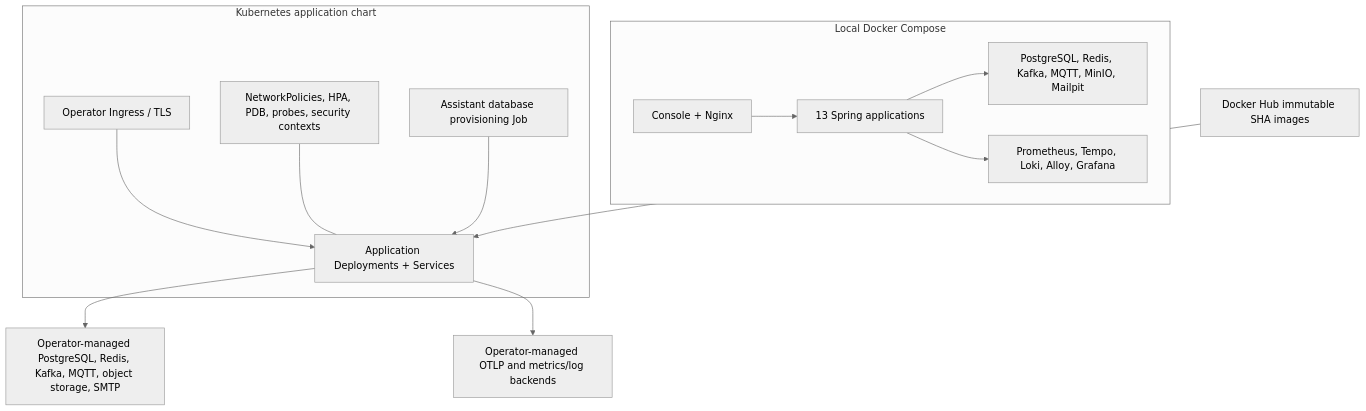
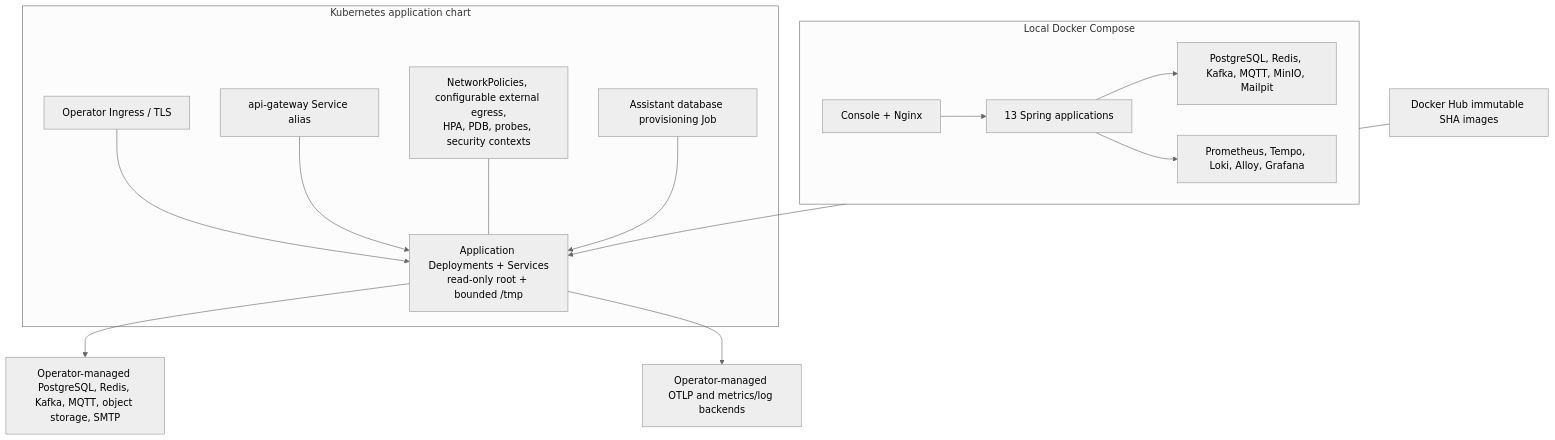
Before and after one commit to JasonTM17/AgriCore_SpringBoot_Microservices: the diagram in docs/diagrams/deployment-architecture.md, drawn with Mermaid (neutral theme). The commit also changed other lines of this file and 9 other files, not shown here.

Commit message:
docs(architecture): synchronize service boundaries

````diff
--- a/docs/diagrams/deployment-architecture.md
+++ b/docs/diagrams/deployment-architecture.md
@@ -3,29 +3,31 @@
 ```mermaid
 flowchart TB
     subgraph local["Local Docker Compose"]
         localEdge["Console + Nginx"]
         localApps["13 Spring applications"]
         localData["PostgreSQL, Redis, Kafka, MQTT, MinIO, Mailpit"]
         localObs["Prometheus, Tempo, Loki, Alloy, Grafana"]
         localEdge --> localApps --> localData
         localApps --> localObs
     end
 
     subgraph cluster["Kubernetes application chart"]
         ingress["Operator Ingress / TLS"]
-        workloads["Application Deployments + Services"]
-        policies["NetworkPolicies, HPA, PDB, probes, security contexts"]
+        workloads["Application Deployments + Services\nread-only root + bounded /tmp"]
+        gatewayAlias["api-gateway Service alias"]
+        policies["NetworkPolicies, configurable external egress,\nHPA, PDB, probes, security contexts"]
         dbJob["Assistant database provisioning Job"]
         ingress --> workloads
+        gatewayAlias --> workloads
         policies --- workloads
         dbJob --> workloads
     end
 
     externalData["Operator-managed PostgreSQL, Redis, Kafka, MQTT, object storage, SMTP"]
     externalObs["Operator-managed OTLP and metrics/log backends"]
     registry["Docker Hub immutable SHA images"]
 
     registry --> workloads
     workloads --> externalData
     workloads --> externalObs
 ```
````
